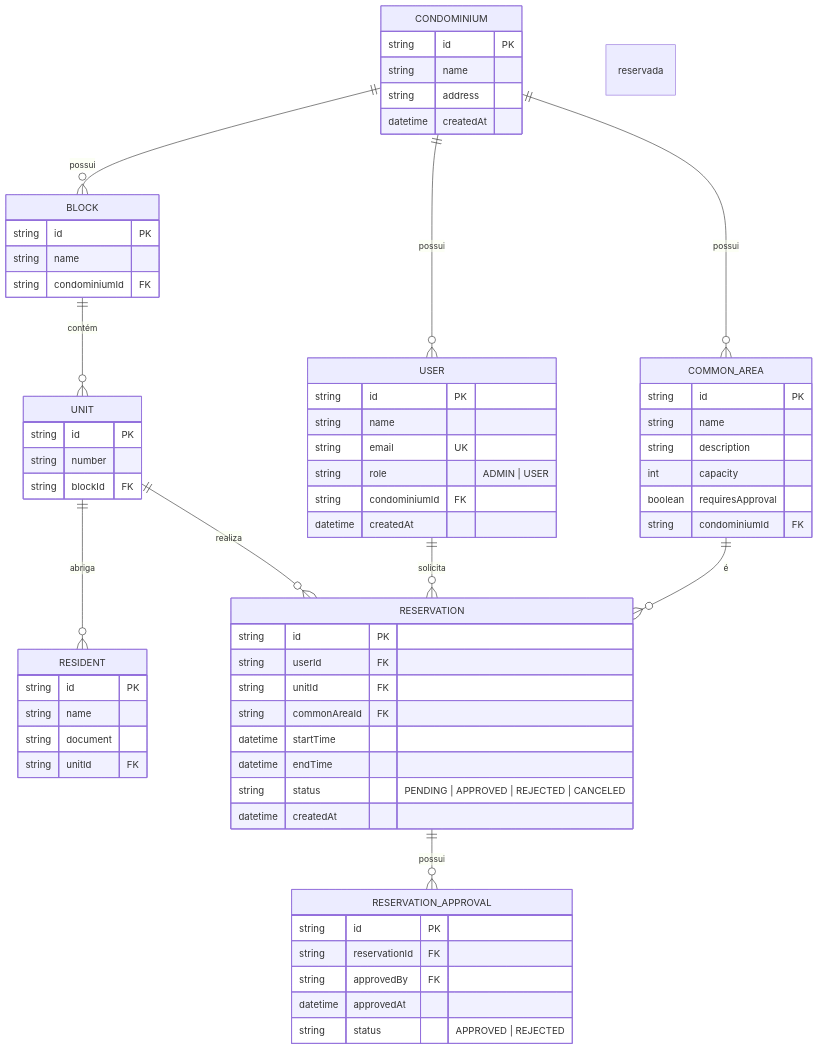
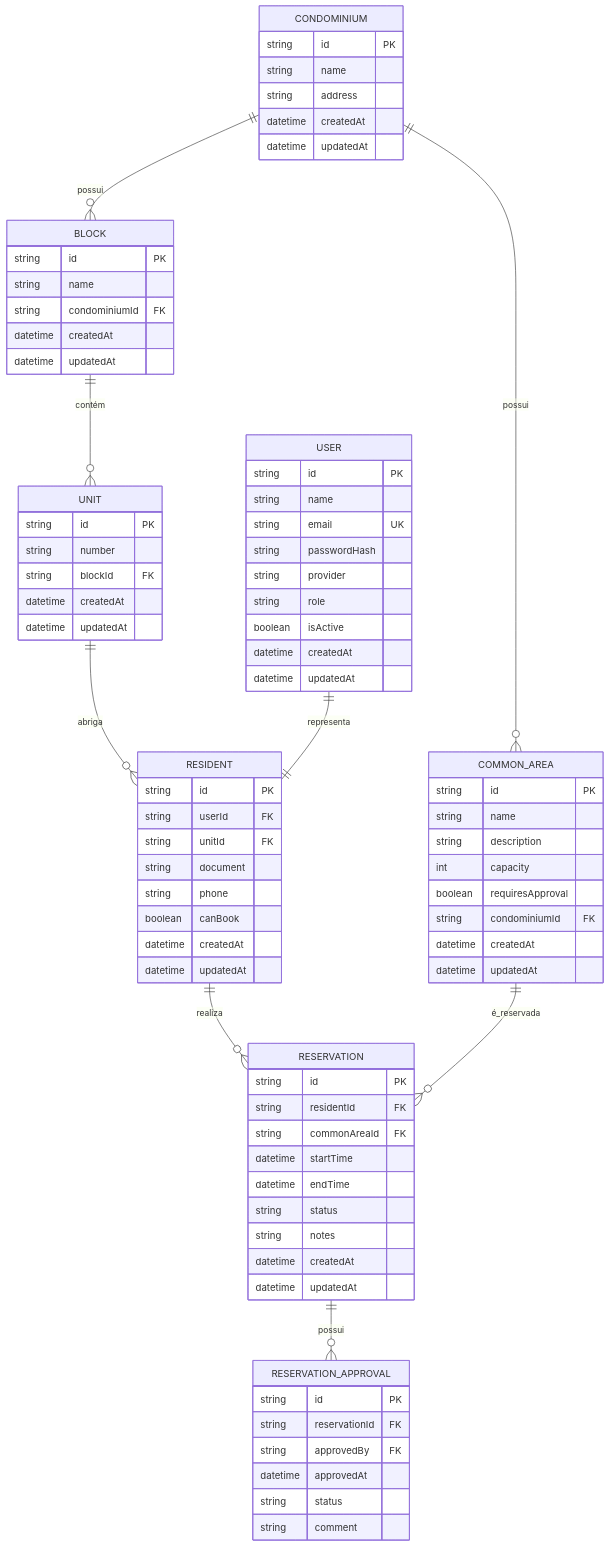
Before and after one commit to lucasgfaj/reserva-ai: the diagram in docs/ssd.md, drawn with Mermaid. The commit also changed other lines of this file and 1 other file, not shown here.

````diff
--- a/docs/ssd.md
+++ b/docs/ssd.md
@@ -55,25 +175,27 @@
 
     CONDOMINIUM ||--o{ BLOCK : possui
     CONDOMINIUM ||--o{ COMMON_AREA : possui
-    CONDOMINIUM ||--o{ USER : possui
 
     BLOCK ||--o{ UNIT : contém
 
     UNIT ||--o{ RESIDENT : abriga
-    UNIT ||--o{ RESERVATION : realiza
 
-    USER ||--o{ RESERVATION : solicita
-    COMMON_AREA ||--o{ RESERVATION : é reservada
+    USER ||--|| RESIDENT : representa
+    RESIDENT ||--o{ RESERVATION : realiza
 
+    COMMON_AREA ||--o{ RESERVATION : é_reservada
     RESERVATION ||--o{ RESERVATION_APPROVAL : possui
 
     USER {
         string id PK
         string name
         string email UK
-        string role "ADMIN | USER"
-        string condominiumId FK
+        string passwordHash
+        string provider
+        string role
+        boolean isActive
         datetime createdAt
+        datetime updatedAt
     }
 
     CONDOMINIUM {
@@ -81,25 +203,34 @@
         string name
         string address
         datetime createdAt
+        datetime updatedAt
     }
 
     BLOCK {
         string id PK
         string name
         string condominiumId FK
+        datetime createdAt
+        datetime updatedAt
     }
 
     UNIT {
         string id PK
         string number
         string blockId FK
+        datetime createdAt
+        datetime updatedAt
     }
 
     RESIDENT {
         string id PK
-        string name
+        string userId FK
+        string unitId FK
         string document
-        string unitId FK
+        string phone
+        boolean canBook
+        datetime createdAt
+        datetime updatedAt
     }
 
     COMMON_AREA {
@@ -109,17 +240,20 @@
         int capacity
         boolean requiresApproval
         string condominiumId FK
+        datetime createdAt
+        datetime updatedAt
     }
 
     RESERVATION {
         string id PK
-        string userId FK
-        string unitId FK
+        string residentId FK
         string commonAreaId FK
         datetime startTime
         datetime endTime
-        string status "PENDING | APPROVED | REJECTED | CANCELED"
+        string status
+        string notes
         datetime createdAt
+        datetime updatedAt
     }
 
     RESERVATION_APPROVAL {
@@ -127,6 +261,7 @@
         string reservationId FK
         string approvedBy FK
         datetime approvedAt
-        string status "APPROVED | REJECTED"
+        string status
+        string comment
     }
 ```
````
